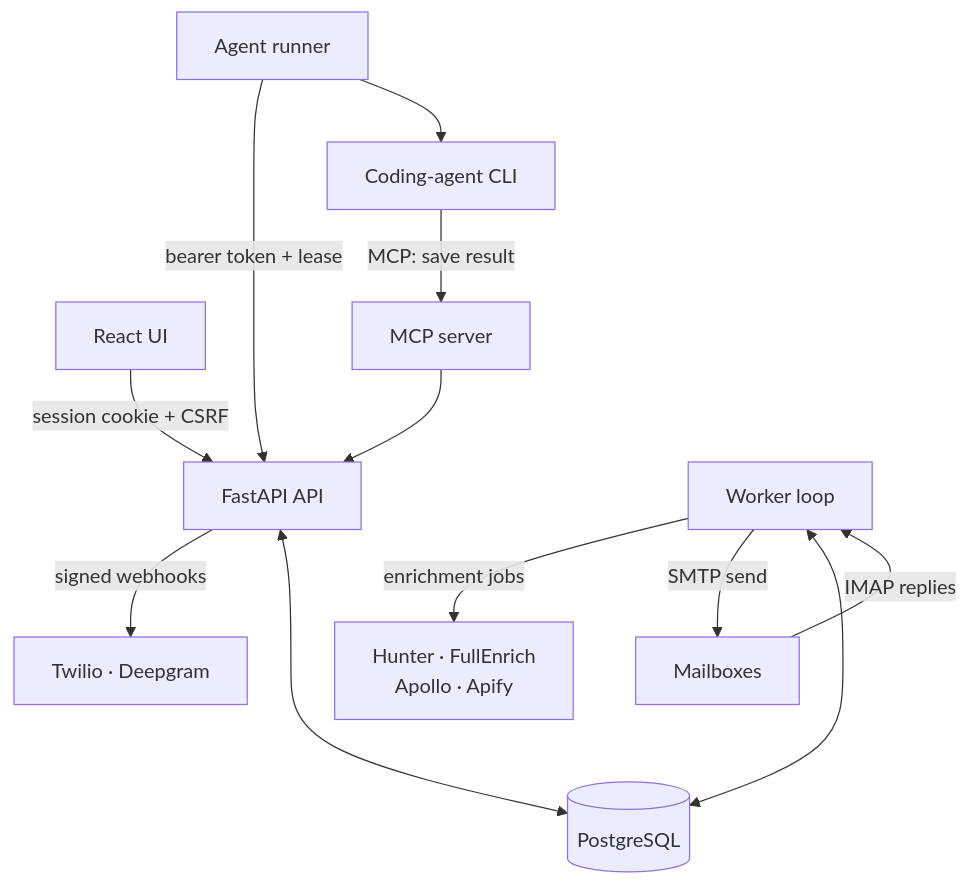
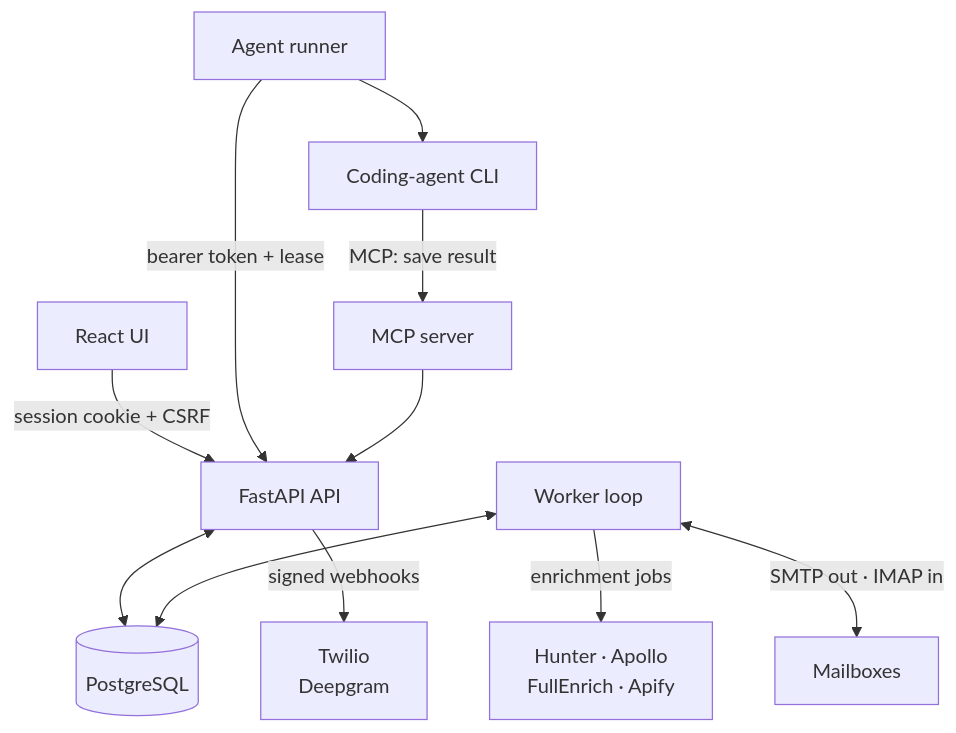
Before and after one commit to bilLkarkariy/lumelia-outreach: the first of 2 diagrams in README.md, drawn with Mermaid. The commit also changed other lines of this file, not shown here.

First line of the commit message:
docs(readme): tune the diagrams for GitHub's renderer

````diff
--- a/README.md
+++ b/README.md
@@ -80,14 +80,13 @@
 ```mermaid
 flowchart TB
     UI[React UI] -->|session cookie + CSRF| API[FastAPI API]
     Runner[Agent runner] -->|bearer token + lease| API
     Runner --> CLI[Coding-agent CLI]
     CLI -->|MCP: save result| MCP[MCP server]
     MCP --> API
-    API -->|signed webhooks| Voice[Twilio · Deepgram]
-    Worker[Worker loop] -->|enrichment jobs| Providers[Hunter · FullEnrich<br/>Apollo · Apify]
-    Worker -->|SMTP send| Mail[Mailboxes]
-    Mail -->|IMAP replies| Worker
-    API <---> DB[(PostgreSQL)]
-    Worker <---> DB
+    API <--> DB[(PostgreSQL)]
+    Worker[Worker loop] <--> DB
+    API -->|signed webhooks| Voice[Twilio<br/>Deepgram]
+    Worker -->|enrichment jobs| Providers[Hunter · Apollo<br/>FullEnrich · Apify]
+    Worker <-->|SMTP out · IMAP in| Mail[Mailboxes]
 ```
````
